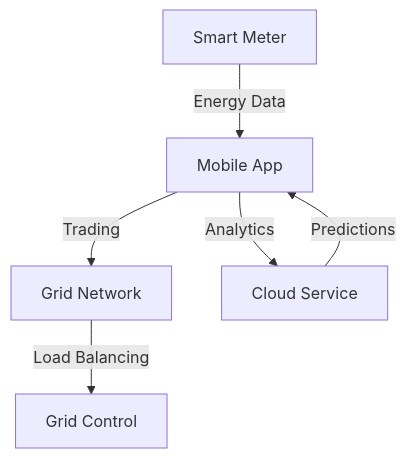
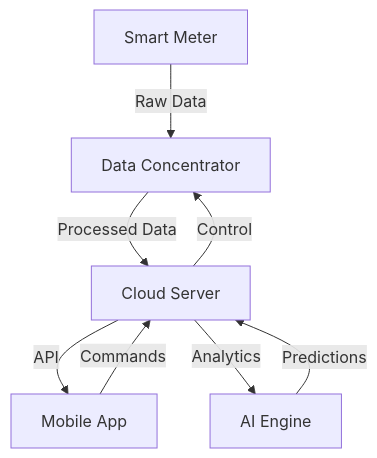
The diagram in README.md (TrendySloth1001/tata-pro-app), drawn with Mermaid before and after one commit. The commit also changed other lines of this file, not shown here.

````diff
--- a/README.md
+++ b/README.md
@@ -22,8 +268,10 @@
 ```mermaid
 graph TD
-    A[Smart Meter] -->|Energy Data| B[Mobile App]
-    B -->|Trading| C[Grid Network]
-    B -->|Analytics| D[Cloud Service]
-    C -->|Load Balancing| E[Grid Control]
-    D -->|Predictions| B
+    A[Smart Meter] -->|Raw Data| B[Data Concentrator]
+    B -->|Processed Data| C[Cloud Server]
+    C -->|API| D[Mobile App]
+    C -->|Analytics| E[AI Engine]
+    E -->|Predictions| C
+    D -->|Commands| C
+    C -->|Control| B
 ```
````
